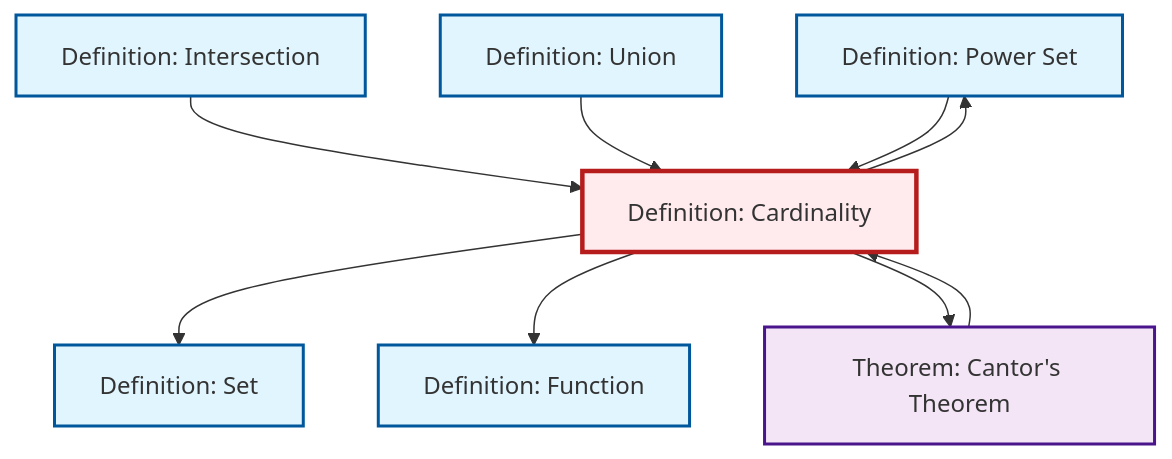
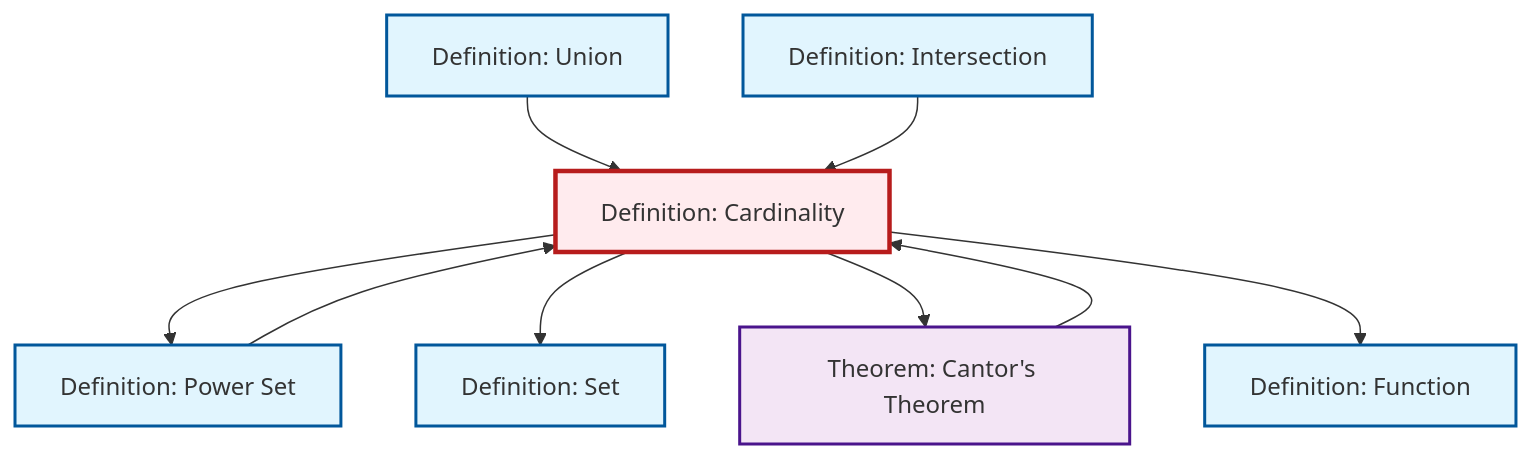
The diagram in content/en/logic-set-theory/def-cardinality.qmd (RK0429/ModernMath), drawn with Mermaid before and after one commit. The commit also changed other lines of this file and 654 other files, not shown here.

````diff
--- a/content/en/logic-set-theory/def-cardinality.qmd
+++ b/content/en/logic-set-theory/def-cardinality.qmd
@@ -85,31 +85,31 @@
 ```{mermaid}
 %%| fig-cap: "Local dependency graph"
 graph TD
     classDef definition fill:#e1f5fe,stroke:#01579b,stroke-width:2px
     classDef theorem fill:#f3e5f5,stroke:#4a148c,stroke-width:2px
     classDef axiom fill:#fff3e0,stroke:#e65100,stroke-width:2px
     classDef example fill:#e8f5e9,stroke:#1b5e20,stroke-width:2px
     classDef current fill:#ffebee,stroke:#b71c1c,stroke-width:3px
+    def-set["Definition: Set"]:::definition
+    def-intersection["Definition: Intersection"]:::definition
+    def-cardinality["Definition: Cardinality"]:::definition
     def-power-set["Definition: Power Set"]:::definition
     def-union["Definition: Union"]:::definition
+    def-function["Definition: Function"]:::definition
     thm-cantor["Theorem: Cantor's Theorem"]:::theorem
-    def-function["Definition: Function"]:::definition
-    def-intersection["Definition: Intersection"]:::definition
-    def-set["Definition: Set"]:::definition
-    def-cardinality["Definition: Cardinality"]:::definition
-    thm-cantor --> def-cardinality
+    def-cardinality --> def-power-set
     def-cardinality --> def-set
+    def-union --> def-cardinality
     def-intersection --> def-cardinality
-    def-cardinality --> def-function
-    def-union --> def-cardinality
-    def-cardinality --> def-power-set
     def-cardinality --> thm-cantor
     def-power-set --> def-cardinality
+    def-cardinality --> def-function
+    thm-cantor --> def-cardinality
     class def-cardinality current
+    click def-set "def-set.html" "Go to Set definition"
+    click def-intersection "def-intersection.html" "Go to Intersection definition"
     click def-power-set "def-power-set.html" "Go to Power Set definition"
     click def-union "def-union.html" "Go to Union definition"
+    click def-function "def-function.html" "Go to Function definition"
     click thm-cantor "thm-cantor.html" "Go to Cantor's Theorem theorem"
-    click def-function "def-function.html" "Go to Function definition"
-    click def-intersection "def-intersection.html" "Go to Intersection definition"
-    click def-set "def-set.html" "Go to Set definition"
 ```
````
